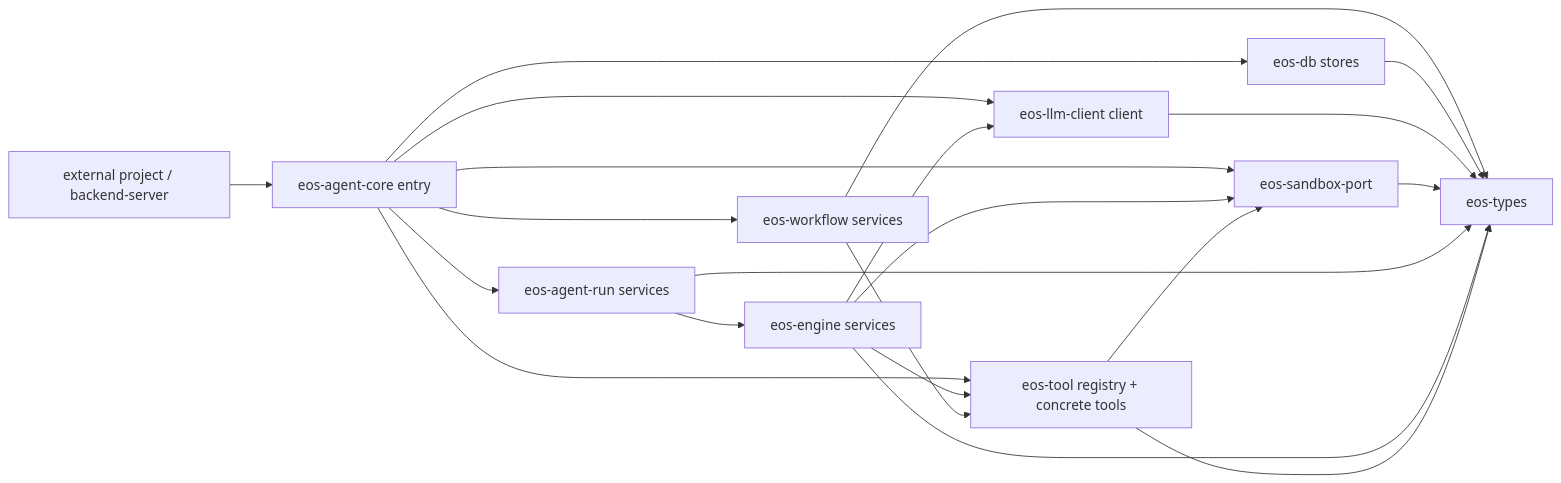
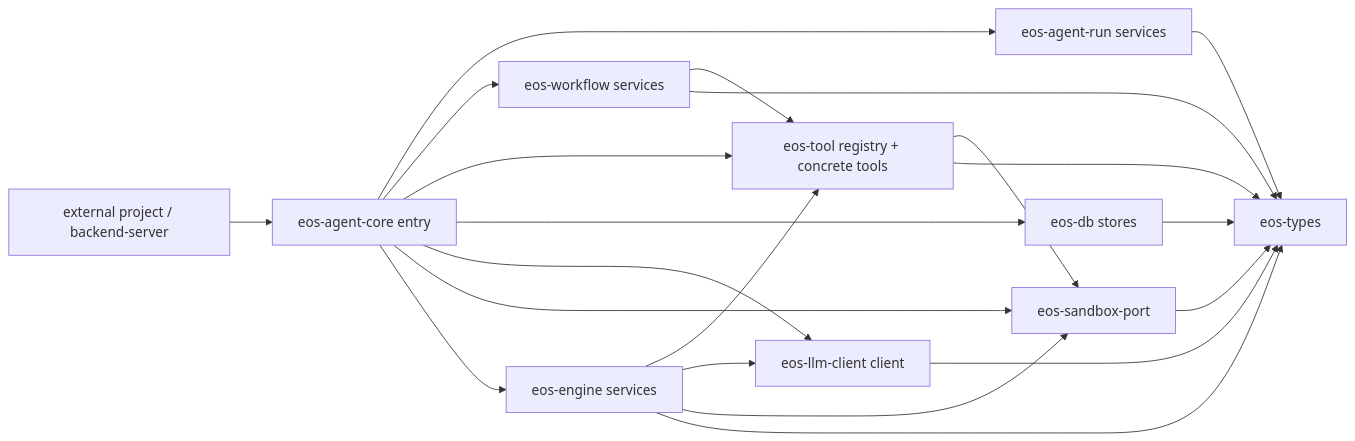
The diagram in docs/plans/agent-core-workspace-architecture-rules/index.md (Ephemeral-AI-Lab/ephemeral-os), drawn with Mermaid before and after one commit. The commit also changed other lines of this file and 108 other files, not shown here.

````diff
--- a/docs/plans/agent-core-workspace-architecture-rules/index.md
+++ b/docs/plans/agent-core-workspace-architecture-rules/index.md
@@ -152,23 +152,23 @@
 ```mermaid
 flowchart LR
     External["external project / backend-server"] --> AgentCore["eos-agent-core entry"]
     AgentCore --> AgentRun["eos-agent-run services"]
     AgentCore --> Workflow["eos-workflow services"]
     AgentCore --> Tool["eos-tool registry + concrete tools"]
     AgentCore --> Db["eos-db stores"]
     AgentCore --> Llm["eos-llm-client client"]
     AgentCore --> Sandbox["eos-sandbox-port"]
-    AgentRun --> Engine["eos-engine services"]
+    AgentCore --> Engine["eos-engine services"]
     Engine --> Tool
     Engine --> Llm
     Engine --> Sandbox
     Tool --> Sandbox
     Workflow --> Tool
     Workflow --> Types
     Db --> Types["eos-types"]
     Llm --> Types
     Sandbox --> Types
     AgentRun --> Types
     Engine --> Types
     Tool --> Types
 ```
````
